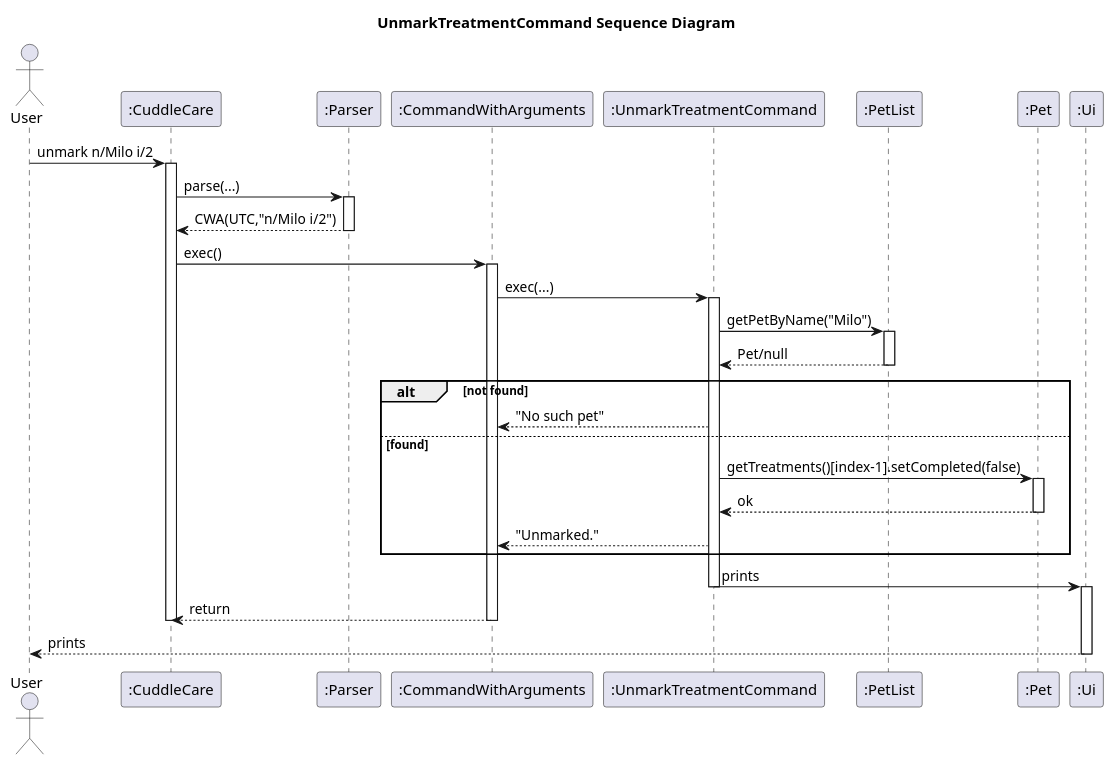
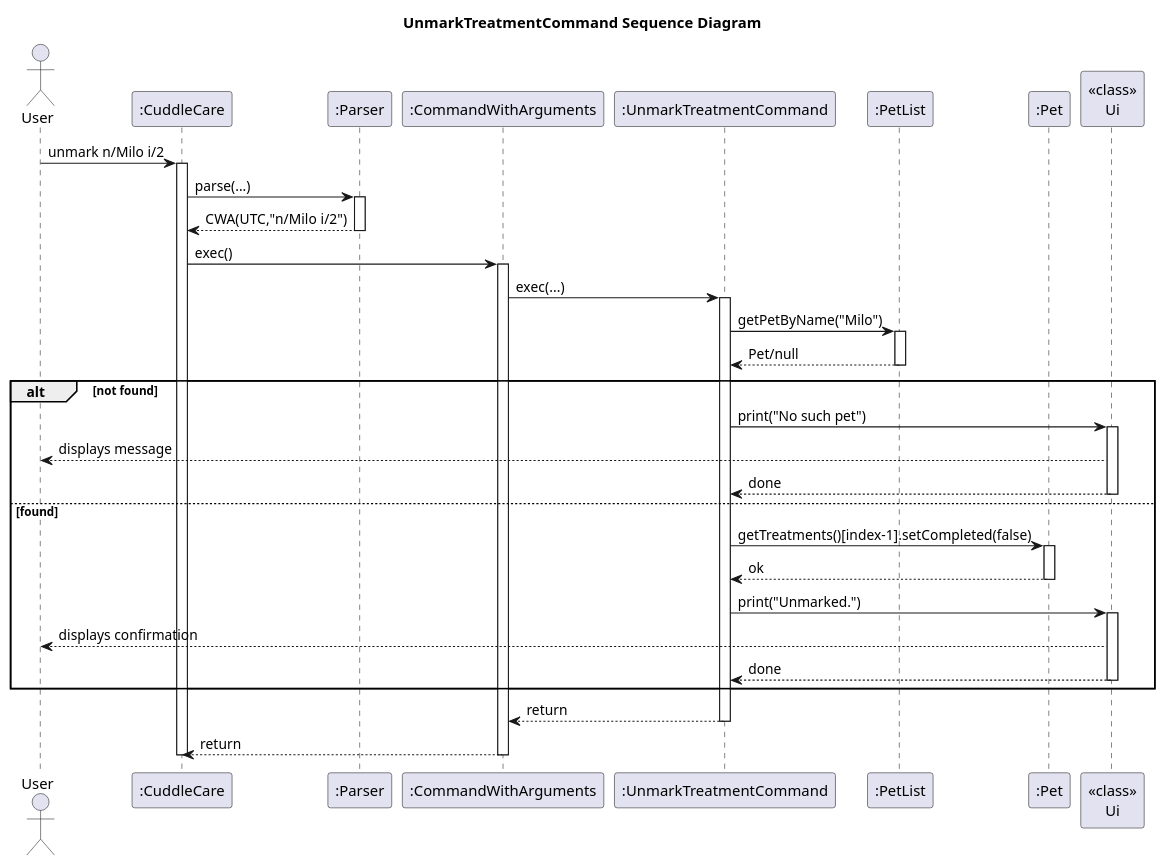
One commit to Kevin88866/tp changed the diagram in docs/uml/UnmarkTreatmentCommand_Sequence_Diagram.puml. Above: the diagram before and after it, drawn with PlantUML. The commit also changed 12 other files, not shown here.

First line of the commit message:
modify code and sequence diagram

```diff
--- a/docs/uml/UnmarkTreatmentCommand_Sequence_Diagram.puml
+++ b/docs/uml/UnmarkTreatmentCommand_Sequence_Diagram.puml
@@ -1,46 +1,51 @@
 @startuml
 title UnmarkTreatmentCommand Sequence Diagram
 actor User
 participant ":CuddleCare" as CuddleCare
 participant ":Parser" as Parser
 participant ":CommandWithArguments" as CWA
 participant ":UnmarkTreatmentCommand" as UTC
 participant ":PetList" as PetList
 participant ":Pet" as Pet
-participant ":Ui" as Ui
+participant "<<class>>\nUi" as Ui
 
 User -> CuddleCare : unmark n/Milo i/2
 activate CuddleCare
 CuddleCare -> Parser : parse(...)
 activate Parser
 Parser --> CuddleCare : CWA(UTC,"n/Milo i/2")
 deactivate Parser
 
 CuddleCare -> CWA : exec()
 activate CWA
 CWA -> UTC : exec(...)
 activate UTC
 UTC -> PetList : getPetByName("Milo")
 activate PetList
 PetList --> UTC : Pet/null
 deactivate PetList
 
 alt not found
-  UTC --> CWA : "No such pet"
+  UTC -> Ui : print("No such pet")
+  activate Ui
+  Ui --> User : displays message
+  Ui --> UTC : done
+  deactivate Ui
 else found
   UTC -> Pet : getTreatments()[index-1].setCompleted(false)
   activate Pet
   Pet --> UTC : ok
   deactivate Pet
-  UTC --> CWA : "Unmarked."
+  UTC -> Ui : print("Unmarked.")
+  activate Ui
+  Ui --> User : displays confirmation
+  Ui --> UTC : done
+  deactivate Ui
 end
-  UTC -> Ui : prints
+
+UTC --> CWA : return
 deactivate UTC
-activate Ui
 CWA --> CuddleCare : return
 deactivate CWA
-
 deactivate CuddleCare
-Ui --> User : prints
-deactivate Ui
 @enduml
```
